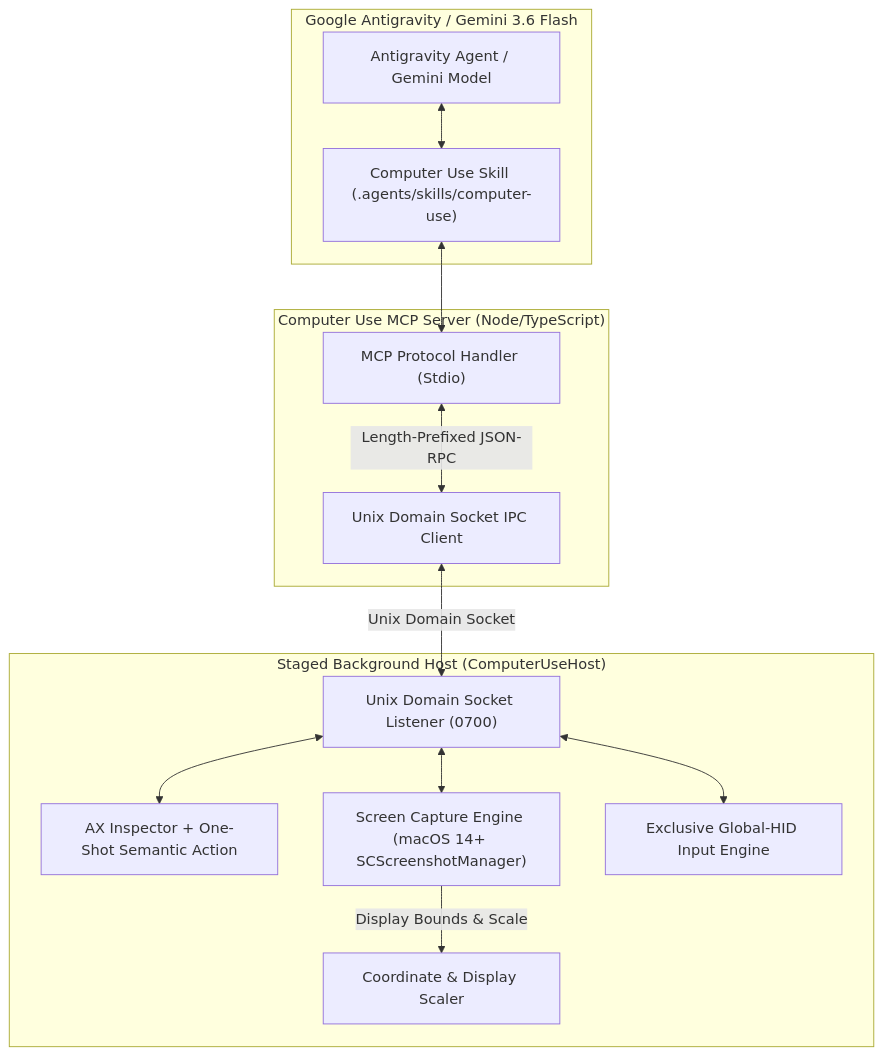
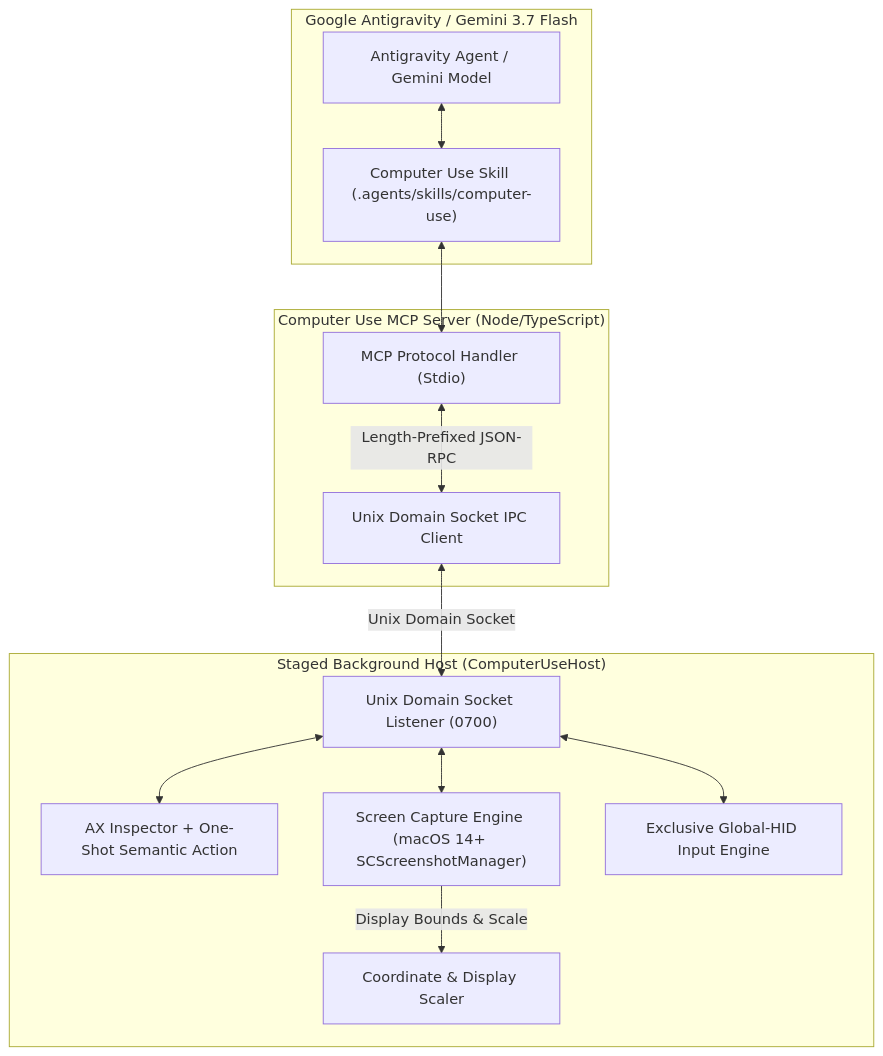
The diagram in README.md (saariuslystoned/agy-computer-use), drawn with Mermaid before and after one commit. The commit also changed other lines of this file and 28 other files, not shown here.

````diff
--- a/README.md
+++ b/README.md
@@ -22,29 +22,29 @@
 ```mermaid
 flowchart TD
-    subgraph Antigravity ["Google Antigravity / Gemini 3.6 Flash"]
+    subgraph Antigravity ["Google Antigravity / Gemini 3.7 Flash"]
         Agent["Antigravity Agent / Gemini Model"]
         Skill["Computer Use Skill (.agents/skills/computer-use)"]
     end
 
     subgraph Server ["Computer Use MCP Server (Node/TypeScript)"]
         MCP["MCP Protocol Handler (Stdio)"]
         SocketClient["Unix Domain Socket IPC Client"]
     end
 
     subgraph Native ["Staged Background Host (ComputerUseHost)"]
         SocketServer["Unix Domain Socket Listener (0700)"]
         AXEngine["AX Inspector + One-Shot Semantic Action"]
         CapEngine["Screen Capture Engine (macOS 14+ SCScreenshotManager)"]
         InputEngine["Exclusive Global-HID Input Engine"]
         CoordMapper["Coordinate & Display Scaler"]
     end
 
     Agent <--> Skill
     Skill <--> MCP
     MCP <-->|Length-Prefixed JSON-RPC| SocketClient
     SocketClient <-->|Unix Domain Socket| SocketServer
     SocketServer <--> AXEngine
     SocketServer <--> CapEngine
     SocketServer <--> InputEngine
     CapEngine -->|Display Bounds & Scale| CoordMapper
 ```
````
